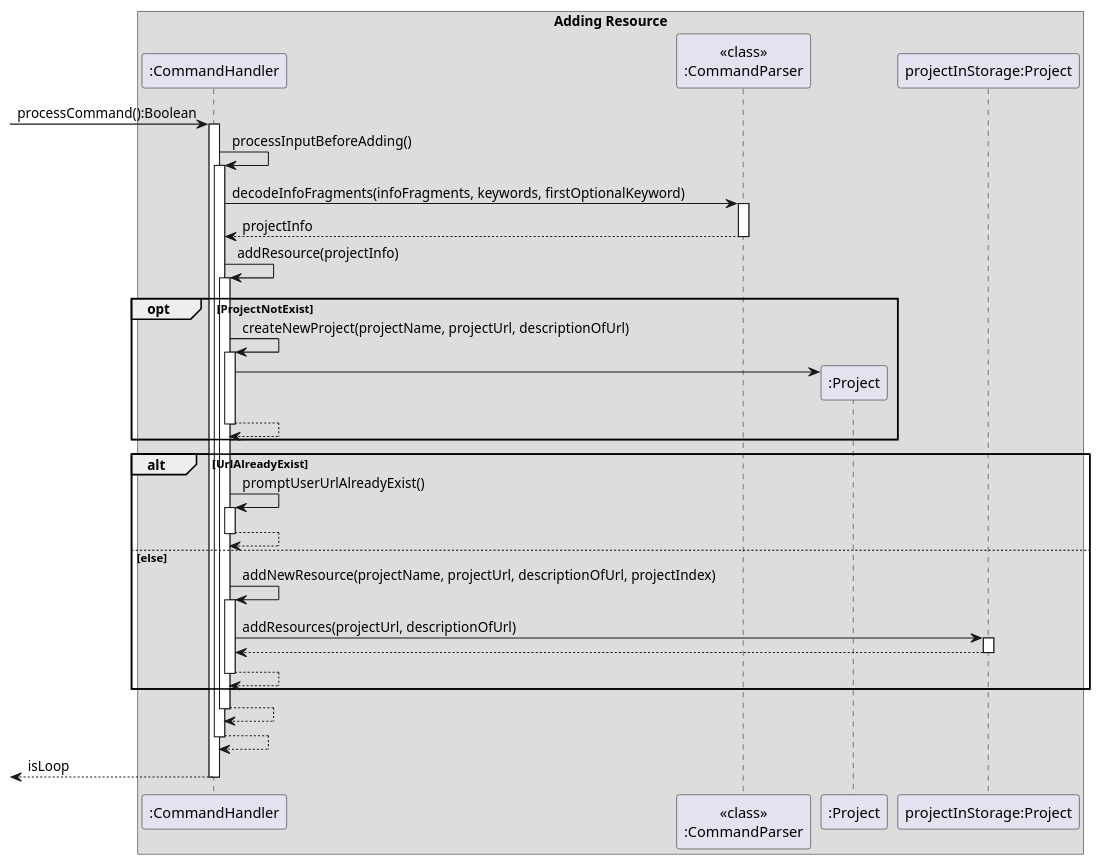
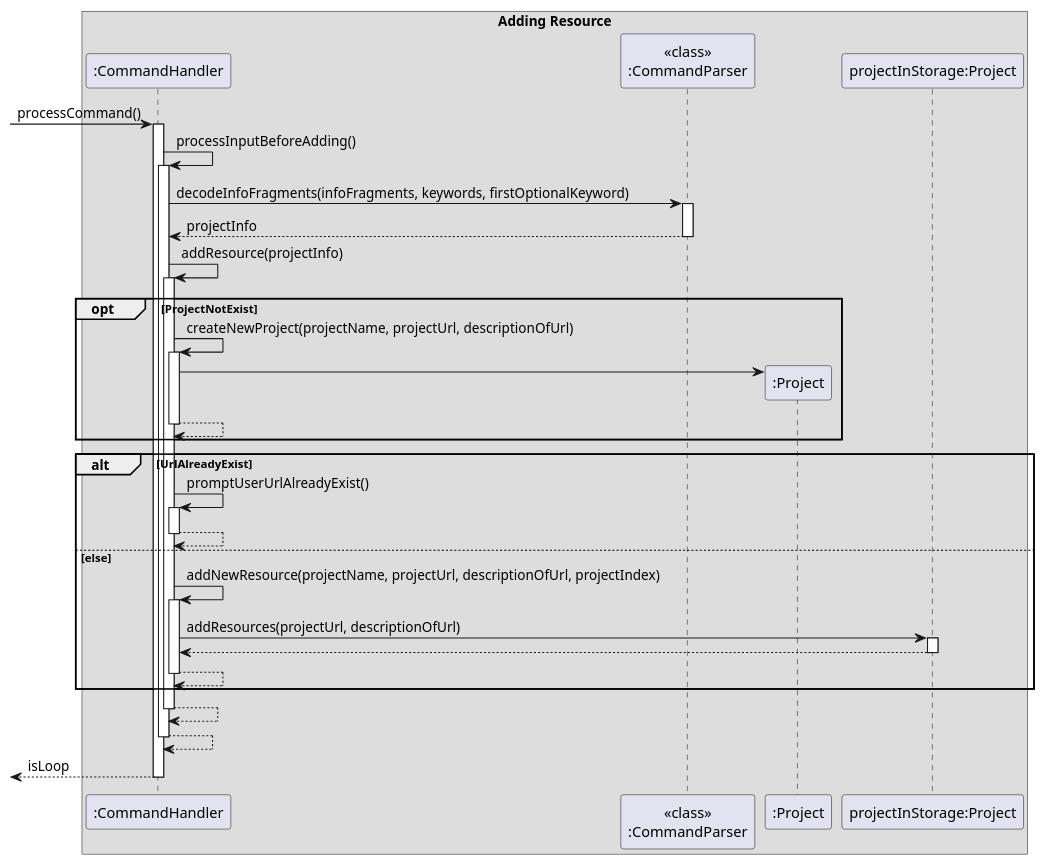
One commit to s-t-e-f/tp changed the diagram in docs/PlantUML/Add.puml. Above: the diagram before and after it, drawn with PlantUML. The commit also changed 1 other file, not shown here.

```diff
--- a/docs/PlantUML/Add.puml
+++ b/docs/PlantUML/Add.puml
@@ -1,47 +1,47 @@
 @startuml
 
 box Adding Resource
 participant ":CommandHandler" as CH
 participant "<<class>>\n:CommandParser" as CP
 participant ":Project" as P1
 participant "projectInStorage:Project" as P2
 
-[-> CH: processCommand():Boolean
+[-> CH: processCommand()
 activate CH
 
 CH -> CH: processInputBeforeAdding()
 activate CH
 
 CH -> CP: decodeInfoFragments(infoFragments, keywords, firstOptionalKeyword)
 activate CP
 return projectInfo
 
 CH -> CH: addResource(projectInfo)
 activate CH
 
 opt ProjectNotExist
     CH -> CH: createNewProject(projectName, projectUrl, descriptionOfUrl)
     activate CH
     create P1
     CH -> P1:
     return
 end
 
 alt UrlAlreadyExist
     CH -> CH: promptUserUrlAlreadyExist()
     activate CH
     return
 else else
     CH -> CH: addNewResource(projectName, projectUrl, descriptionOfUrl, projectIndex)
     activate CH
     CH -> P2: addResources(projectUrl, descriptionOfUrl)
     activate P2
     return
     return
 end
 
 return
 return
 return isLoop
 
 @enduml
```
